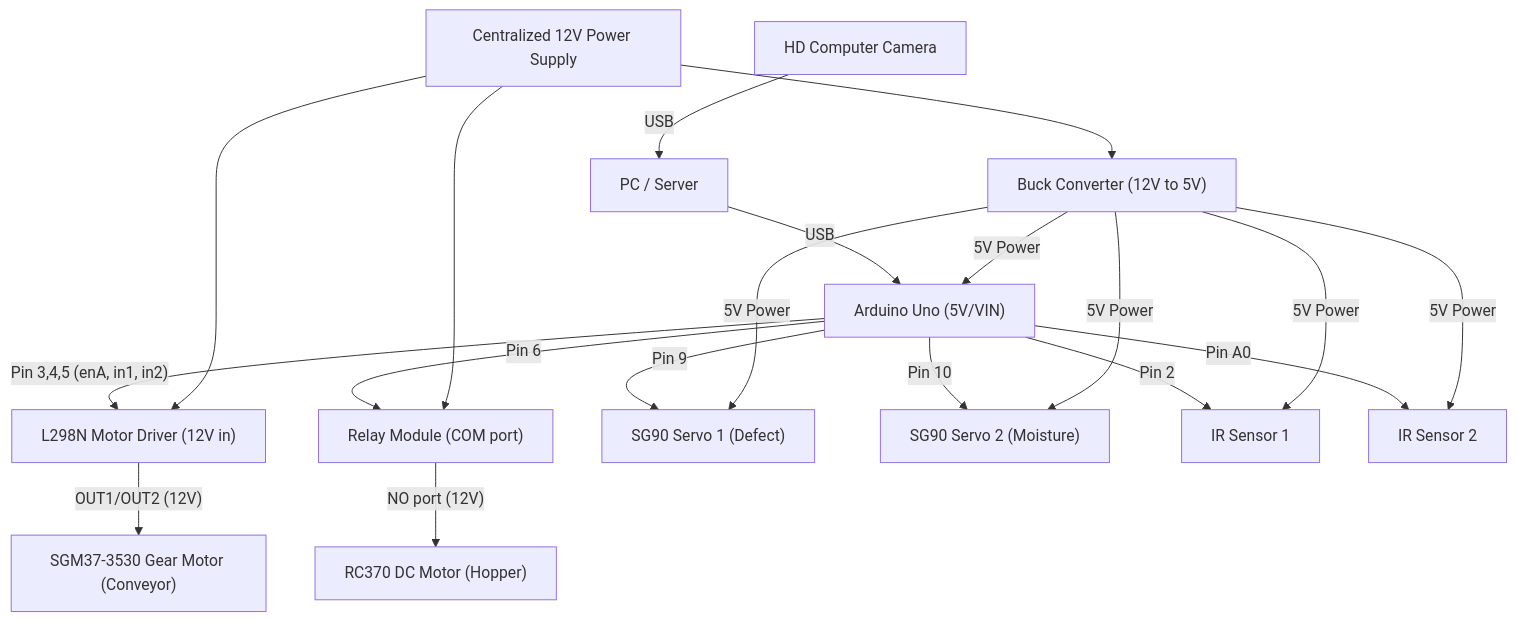
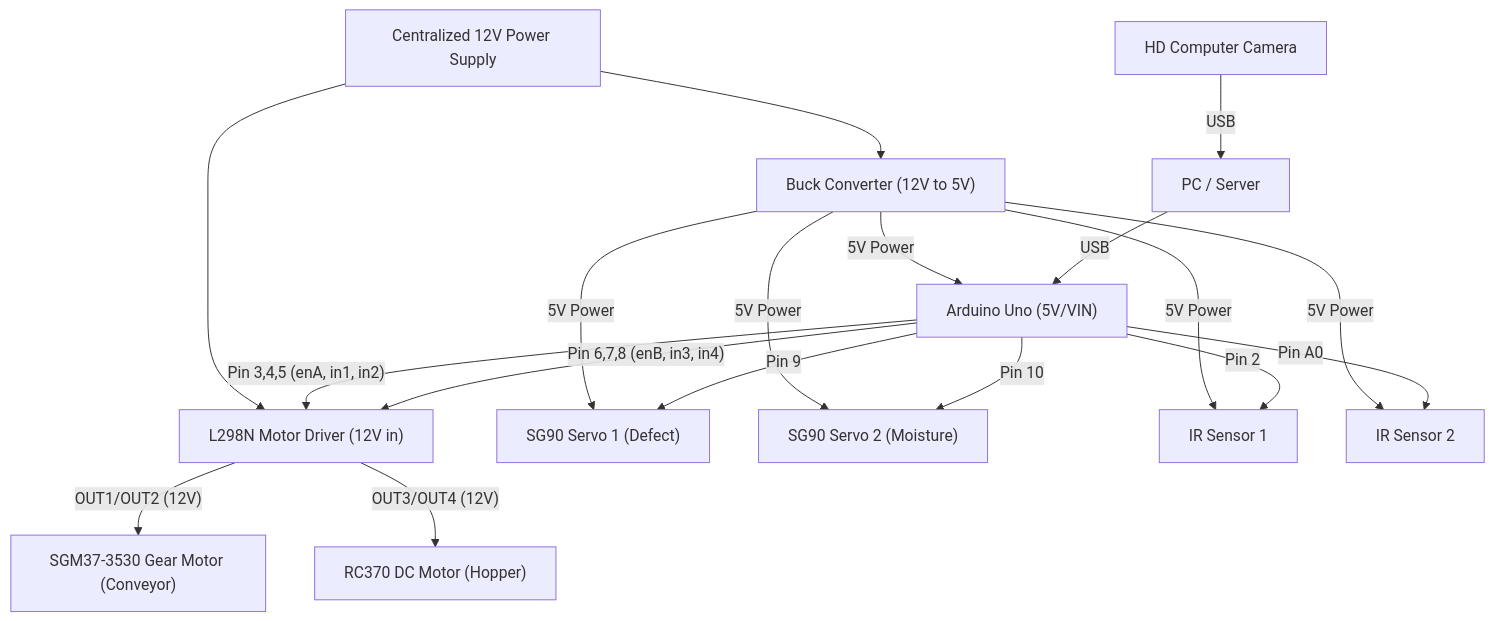
Before and after one commit to naaivvv/cocoon_yolo: the diagram in README.md, drawn with Mermaid. The commit also changed other lines of this file and 8 other files, not shown here.

Commit message:
refactor: migrate hopper motor control from relay to L298N driver and add system firmware tests

````diff
--- a/README.md
+++ b/README.md
@@ -54,25 +53,24 @@
 ```mermaid
 graph TD
     PS[Centralized 12V Power Supply] --> L298N["L298N Motor Driver (12V in)"]
     PS --> BC["Buck Converter (12V to 5V)"]
-    PS --> Relay["Relay Module (COM port)"]
     
     L298N -- "OUT1/OUT2 (12V)" --> Conveyor["SGM37-3530 Gear Motor (Conveyor)"]
-    Relay -- "NO port (12V)" --> Hopper["RC370 DC Motor (Hopper)"]
+    L298N -- "OUT3/OUT4 (12V)" --> Hopper["RC370 DC Motor (Hopper)"]
     
     BC -- "5V Power" --> Servo1["SG90 Servo 1 (Defect)"]
     BC -- "5V Power" --> Servo2["SG90 Servo 2 (Moisture)"]
     BC -- "5V Power" --> UNO["Arduino Uno (5V/VIN)"]
     BC -- "5V Power" --> IR1["IR Sensor 1"]
     BC -- "5V Power" --> IR2["IR Sensor 2"]
     
     UNO -- "Pin 3,4,5 (enA, in1, in2)" --> L298N
-    UNO -- "Pin 6" --> Relay
+    UNO -- "Pin 6,7,8 (enB, in3, in4)" --> L298N
     UNO -- "Pin 9" --> Servo1
     UNO -- "Pin 10" --> Servo2
     UNO -- "Pin 2" --> IR1
     UNO -- "Pin A0" --> IR2
     
     PC["PC / Server"] -- USB --> UNO
     Camera["HD Computer Camera"] -- USB --> PC
 ```
````
